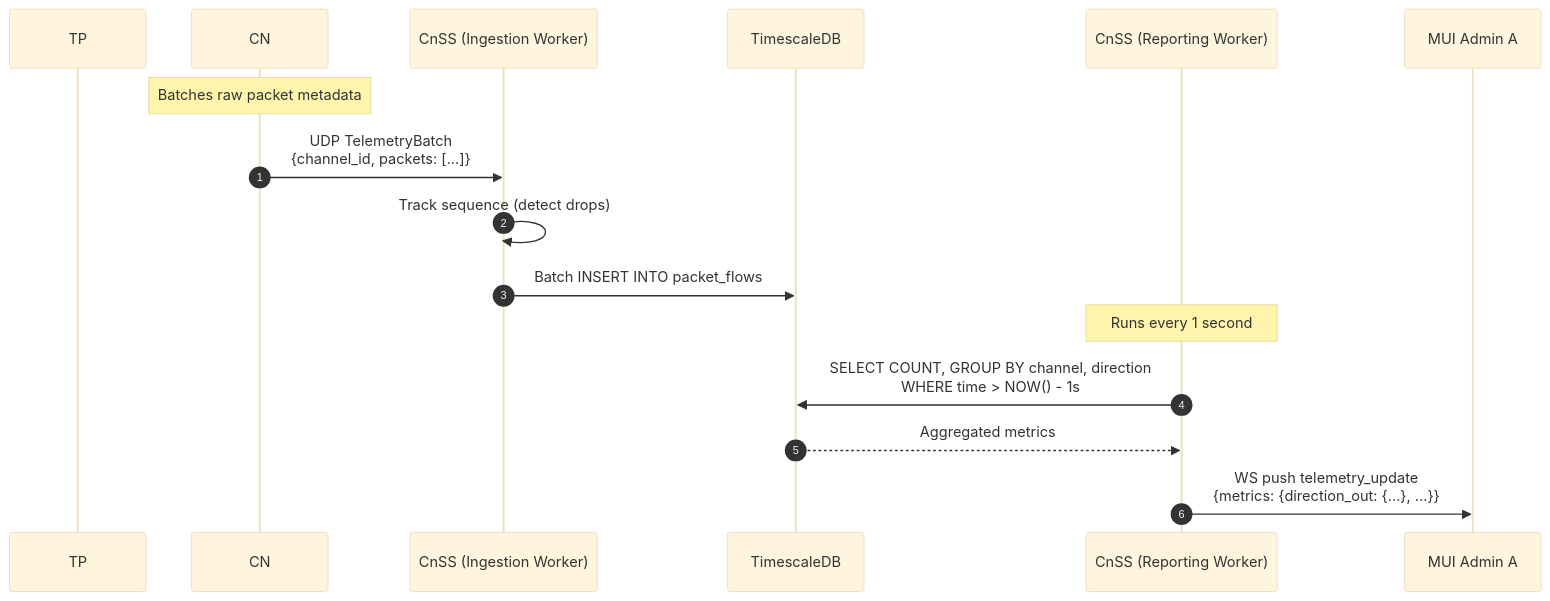
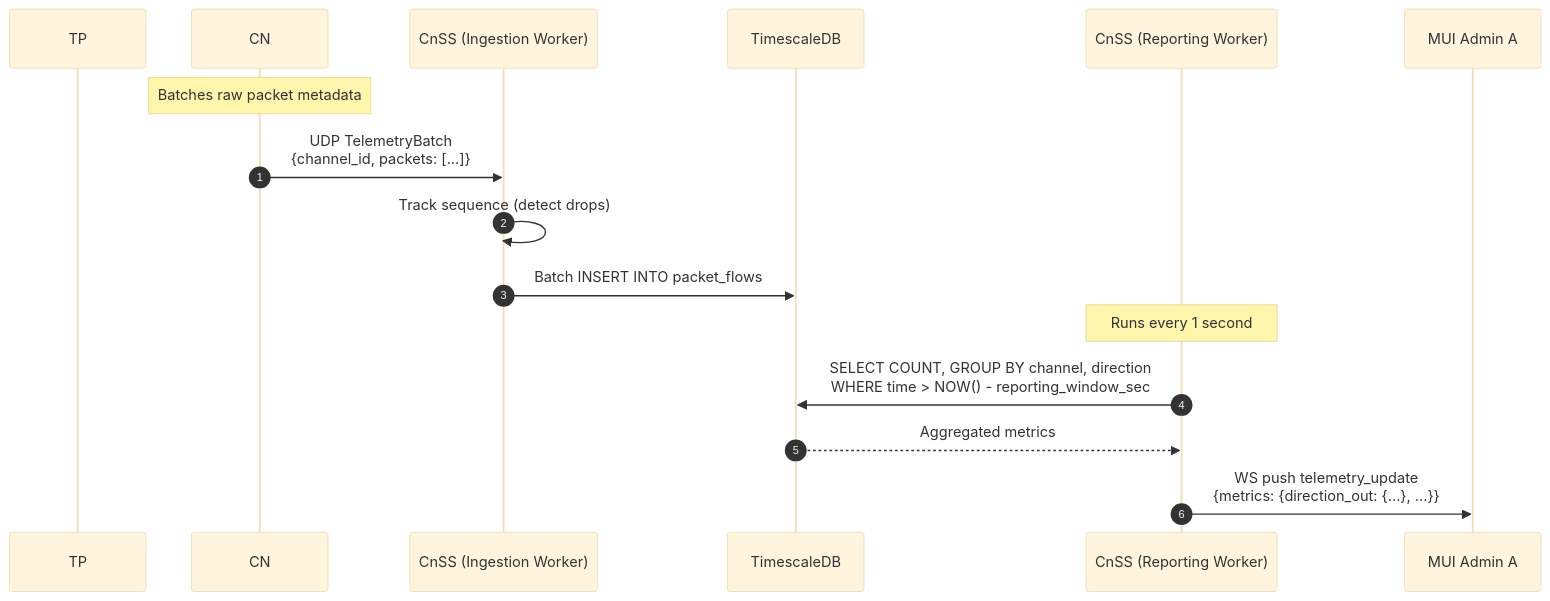
The second of 5 diagrams in docs/system-documentation.md (SWP-47/traffic-processing-platform), drawn with Mermaid (base theme) before and after one commit. The commit also changed other lines of this file, not shown here.

````diff
--- a/docs/system-documentation.md
+++ b/docs/system-documentation.md
@@ -102,22 +102,22 @@
 ```mermaid
 sequenceDiagram
     autonumber
     participant TP1 as TP #1 (bridge-berlin)
     participant CN1 as CN #1 (channel: bridge-berlin)
     participant CnSS_Ingest as CnSS (Ingestion Worker)
     participant DB as TimescaleDB
     participant CnSS_Report as CnSS (Reporting Worker)
     participant MUI_A as MUI Admin A
 
     Note over CN1: Batches raw packet metadata
     CN1->>CnSS_Ingest: UDP TelemetryBatch <br/> {channel_id, packets: [...]}
     
     CnSS_Ingest->>CnSS_Ingest: Track sequence (detect drops)
     CnSS_Ingest->>DB: Batch INSERT INTO packet_flows
     
     Note over CnSS_Report: Runs every 1 second
-    CnSS_Report->>DB: SELECT COUNT, GROUP BY channel, direction <br/> WHERE time > NOW() - 1s
+    CnSS_Report->>DB: SELECT COUNT, GROUP BY channel, direction <br/> WHERE time > NOW() - reporting_window_sec
     DB-->>CnSS_Report: Aggregated metrics
     
     CnSS_Report->>MUI_A: WS push telemetry_update <br/> {metrics: {direction_out: {...}, ...}}
 ```
````
